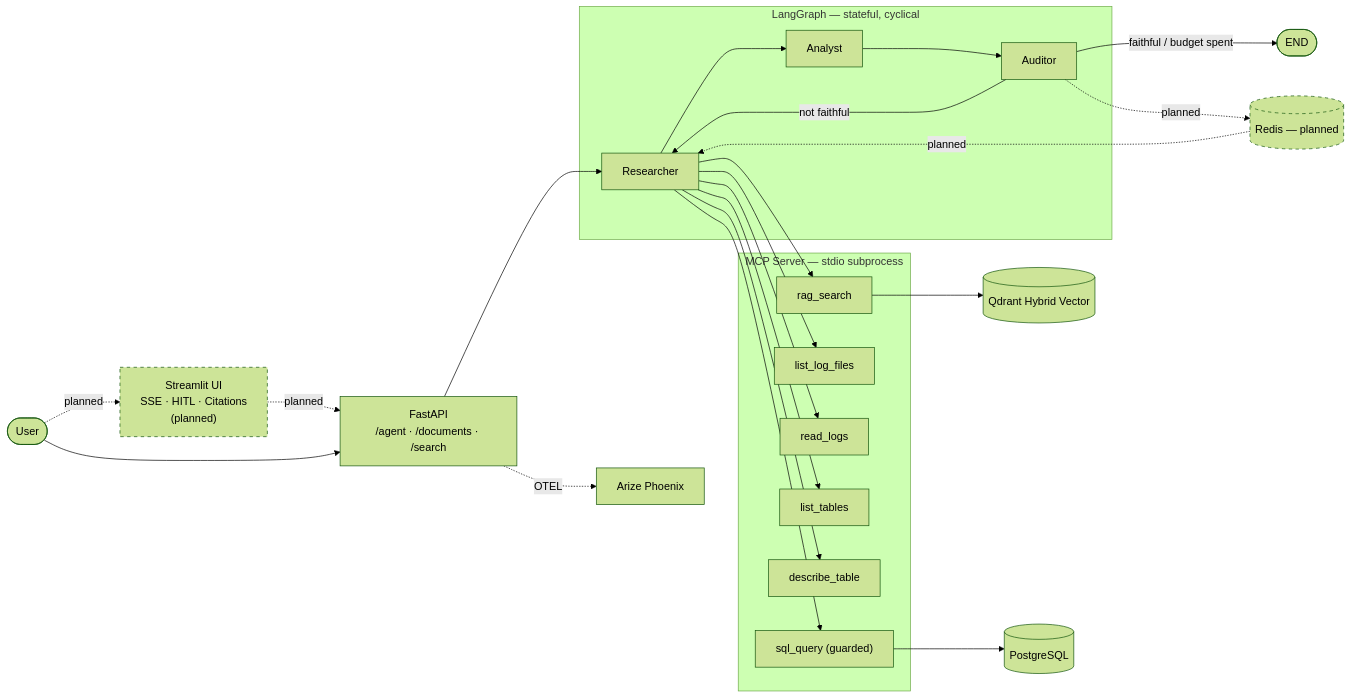
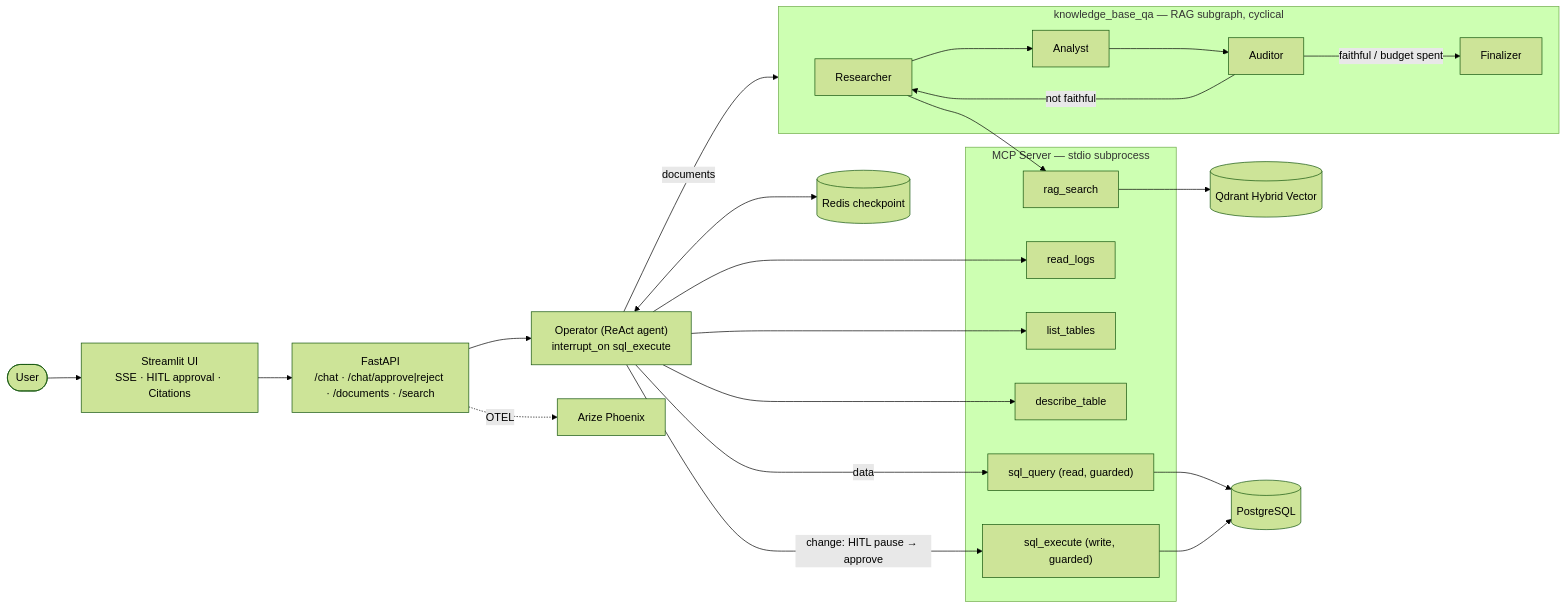
The diagram in README.md (Melce-AI/agentic-rag), drawn with Mermaid (forest theme) before and after one commit. The commit also changed other lines of this file and 5 other files, not shown here.

First line of the commit message:
feat(streamlit): approve/reject UI for pending writes

````diff
--- a/README.md
+++ b/README.md
@@ -29,45 +29,43 @@
 ```mermaid
 flowchart LR
     User([User])
-    UI["Streamlit UI\nSSE · HITL · Citations\n(planned)"]:::planned
-    API["FastAPI\n/agent · /documents · /search"]
+    UI["Streamlit UI\nSSE · HITL approval · Citations"]
+    API["FastAPI\n/chat · /chat/approve|reject · /documents · /search"]
 
-    subgraph lg [LangGraph — stateful, cyclical]
+    Op["Operator (ReAct agent)\ninterrupt_on sql_execute"]
+
+    subgraph lg [knowledge_base_qa — RAG subgraph, cyclical]
         R[Researcher]
         An[Analyst]
         Au[Auditor]
+        Fi[Finalizer]
     end
 
     subgraph mcp [MCP Server — stdio subprocess]
         TS[rag_search]
-        LL[list_log_files]
         RL[read_logs]
         LT[list_tables]
         DT[describe_table]
-        SQ["sql_query (guarded)"]
+        SQ["sql_query (read, guarded)"]
+        SX["sql_execute (write, guarded)"]
     end
 
     Qdrant[(Qdrant Hybrid Vector)]
     PG[(PostgreSQL)]
     Phoenix[Arize Phoenix]
-    Redis[(Redis — planned)]:::planned
+    Redis[(Redis checkpoint)]
 
-    User -. planned .-> UI
-    UI -. planned .-> API
-    User --> API --> R
+    User --> UI --> API --> Op
+    Op -->|documents| lg
     R --> An --> Au
     Au -->|not faithful| R
-    Au -->|faithful / budget spent| END([END])
+    Au -->|faithful / budget spent| Fi
+    R --> TS --> Qdrant
 
-    R --> TS & LL & RL & LT & DT & SQ
-
-    TS --> Qdrant
-    SQ --> PG
+    Op -->|data| SQ --> PG
+    Op --> RL & LT & DT
+    Op -->|change: HITL pause → approve| SX --> PG
 
     API -.->|OTEL| Phoenix
-
-    Au -. planned .-> Redis
-    Redis -. planned .-> R
-
-    classDef planned stroke-dasharray: 5 5
+    Op <--> Redis
 ```
````
